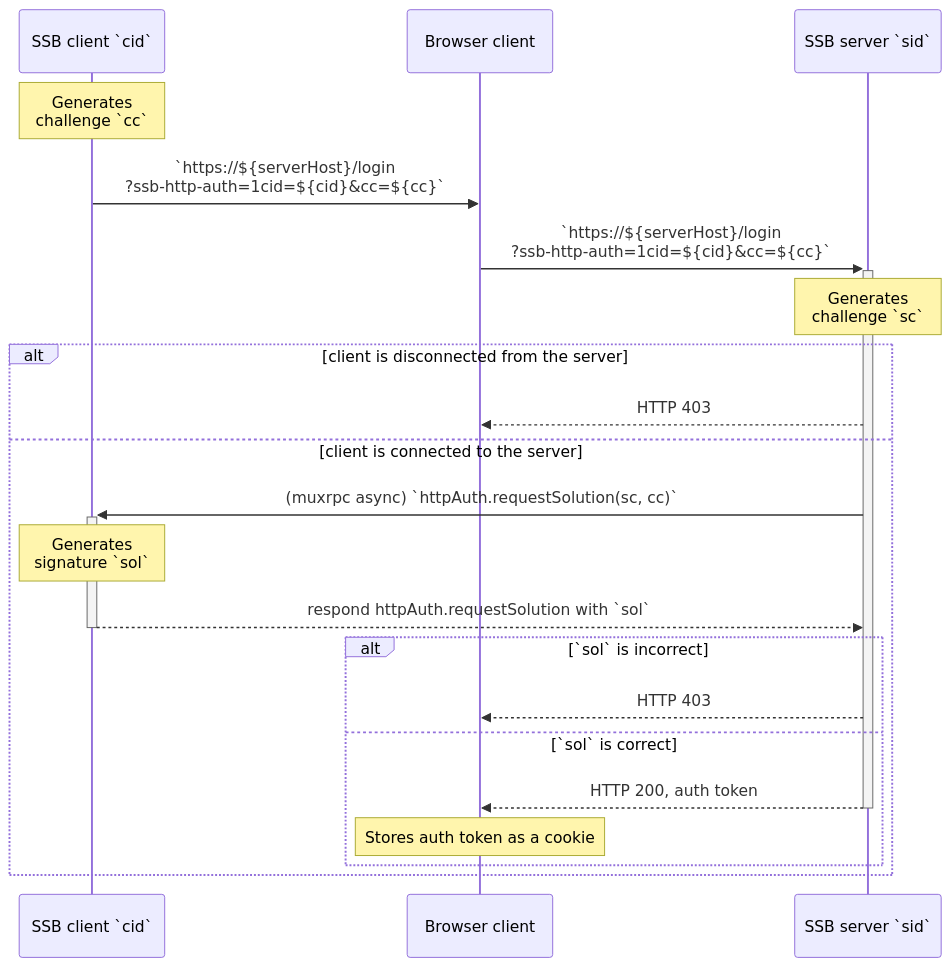
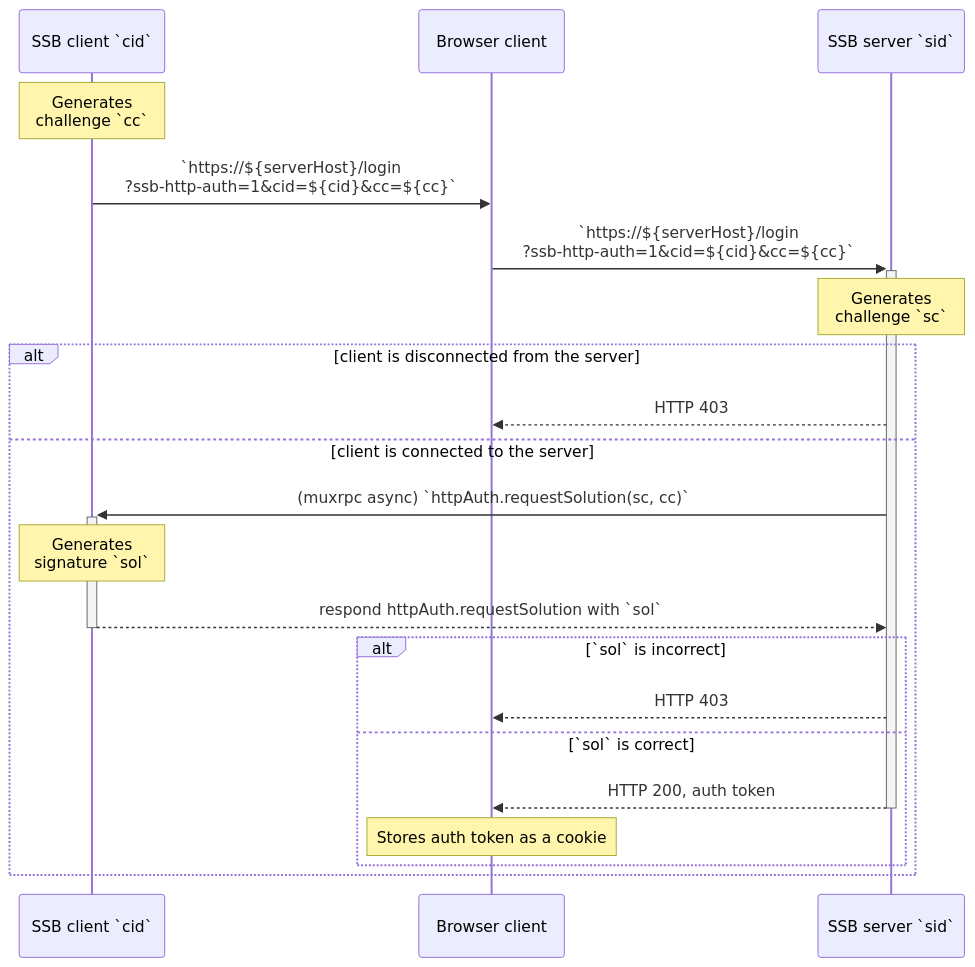
One commit to ssbc/ssb-http-auth-spec changed the diagram in docs/Specification/Client-initiated.md. Above: the diagram before and after it, drawn with Mermaid. The commit also changed 1 other file, not shown here.

Commit message:
fix syntax error in query params

````diff
--- a/docs/Specification/Client-initiated.md
+++ b/docs/Specification/Client-initiated.md
@@ -7,24 +7,24 @@
 ```mermaid
 sequenceDiagram
   participant Umux as SSB client `cid`
   participant Uweb as Browser client
   participant Serv as SSB server `sid`
 
   note over Umux: Generates<br/>challenge `cc`
-  Umux->>Uweb: `https://${serverHost}/login<br/>?ssb-http-auth=1cid=${cid}&cc=${cc}`
-  Uweb->>+Serv: `https://${serverHost}/login<br/>?ssb-http-auth=1cid=${cid}&cc=${cc}`
+  Umux->>Uweb: `https://${serverHost}/login<br/>?ssb-http-auth=1&cid=${cid}&cc=${cc}`
+  Uweb->>+Serv: `https://${serverHost}/login<br/>?ssb-http-auth=1&cid=${cid}&cc=${cc}`
   Note over Serv: Generates<br/>challenge `sc`
   alt client is disconnected from the server
     Serv-->>Uweb: HTTP 403
   else client is connected to the server
     Serv->>+Umux: (muxrpc async) `httpAuth.requestSolution(sc, cc)`
     Note over Umux: Generates<br/>signature `sol`
     Umux-->>-Serv: respond httpAuth.requestSolution with `sol`
     alt `sol` is incorrect
       Serv-->>Uweb: HTTP 403
     else `sol` is correct
       Serv-->>-Uweb: HTTP 200, auth token
       Note over Uweb: Stores auth token as a cookie
     end
   end
 ```
````
